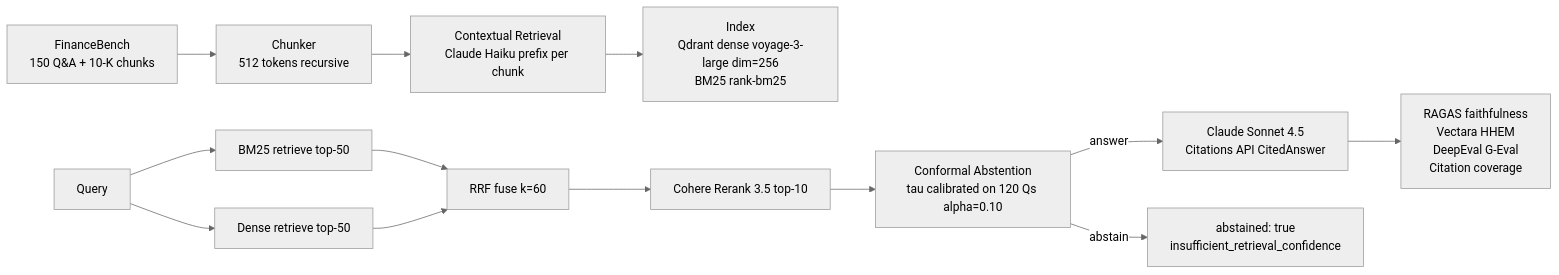
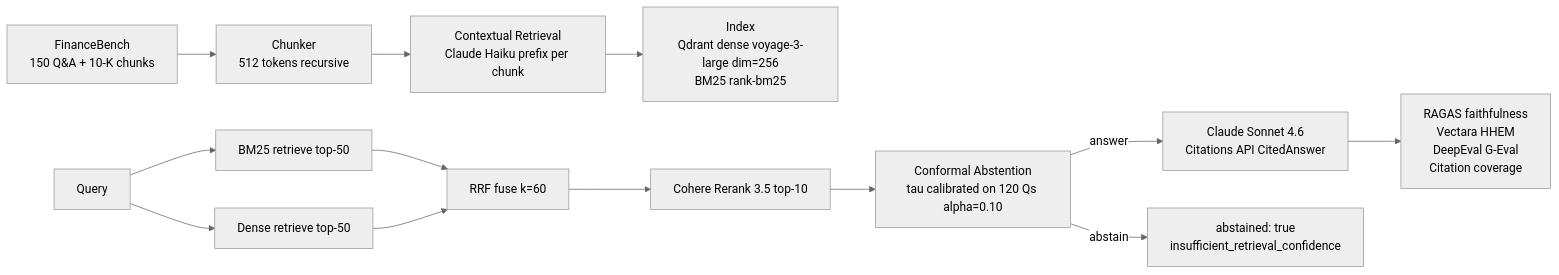
One commit to SebAustin/production-rag-eval changed the diagram in README.md. Above: the diagram before and after it, drawn with Mermaid (neutral theme). The commit also changed 7 other files, not shown here.

First line of the commit message:
chore(models): use Claude Sonnet 4.6 for generation + RAGAS/DeepEval judge

````diff
--- a/README.md
+++ b/README.md
@@ -22,14 +22,14 @@
 ```mermaid
 flowchart LR
     FB[FinanceBench<br/>150 Q&A + 10-K chunks] --> CH[Chunker<br/>512 tokens recursive]
     CH --> CR[Contextual Retrieval<br/>Claude Haiku prefix per chunk]
     CR --> IX[Index<br/>Qdrant dense voyage-3-large dim=256<br/>BM25 rank-bm25]
     Q[Query] --> B[BM25 retrieve top-50]
     Q --> D[Dense retrieve top-50]
     B & D --> RRF[RRF fuse k=60]
     RRF --> RR[Cohere Rerank 3.5 top-10]
     RR --> CA[Conformal Abstention<br/>tau calibrated on 120 Qs alpha=0.10]
-    CA -->|answer| GEN[Claude Sonnet 4.5<br/>Citations API CitedAnswer]
+    CA -->|answer| GEN[Claude Sonnet 4.6<br/>Citations API CitedAnswer]
     CA -->|abstain| ABS[abstained: true<br/>insufficient_retrieval_confidence]
     GEN --> EVAL[RAGAS faithfulness<br/>Vectara HHEM<br/>DeepEval G-Eval<br/>Citation coverage]
 ```
````
